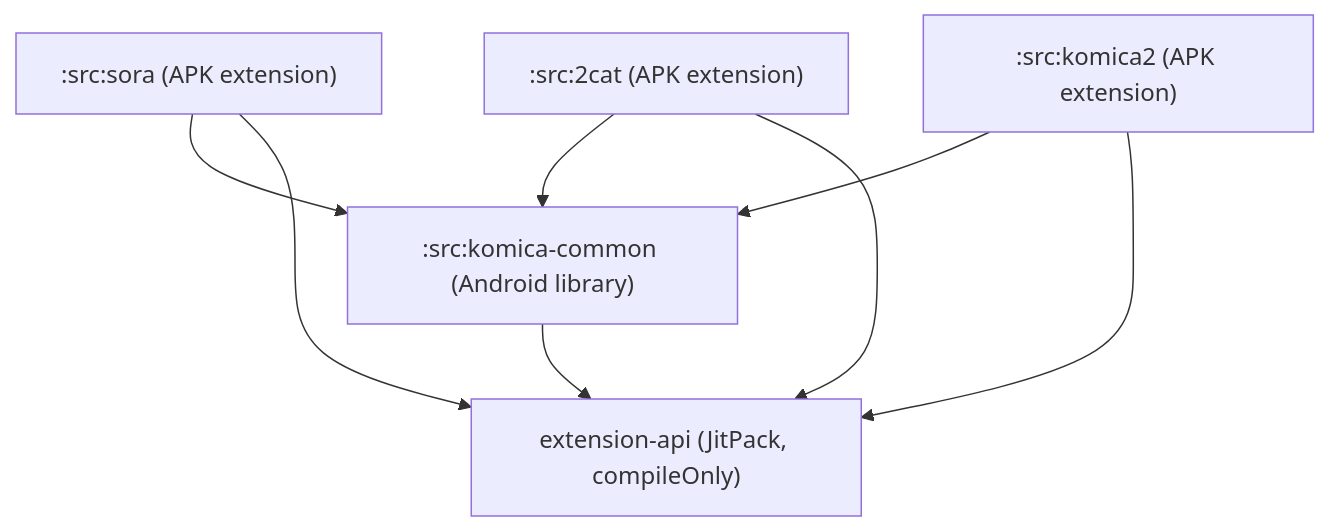
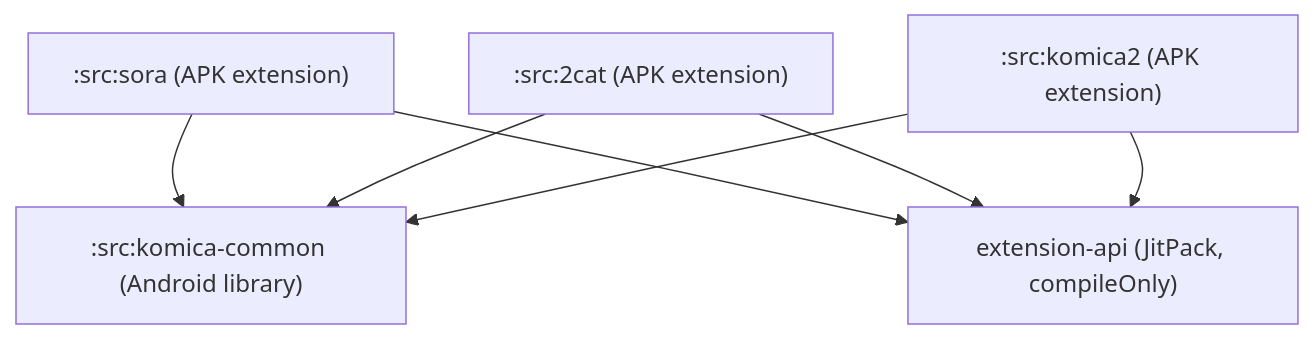
One commit to komicaviewer/extensions-source changed the diagram in src/komica-common/README.md. Above: the diagram before and after it, drawn with Mermaid. The commit also changed 7 other files, not shown here.

First line of the commit message:
refactor(komica-common): move ParagraphMapper to each extension, decouple komica-common from extension-api

````diff
--- a/src/komica-common/README.md
+++ b/src/komica-common/README.md
@@ -10,16 +10,15 @@
 ```mermaid
 graph TD
     extension-api["extension-api (JitPack, compileOnly)"]
     komica-common[":src:komica-common (Android library)"]
     sora[":src:sora (APK extension)"]
     _2cat[":src:2cat (APK extension)"]
     komica2[":src:komica2 (APK extension)"]
 
     sora --> komica-common
     _2cat --> komica-common
     komica2 --> komica-common
-    komica-common --> extension-api
     sora --> extension-api
     _2cat --> extension-api
     komica2 --> extension-api
 ```
````
